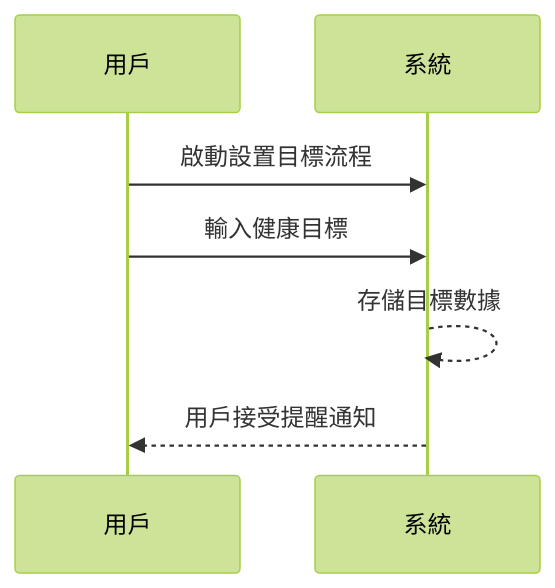
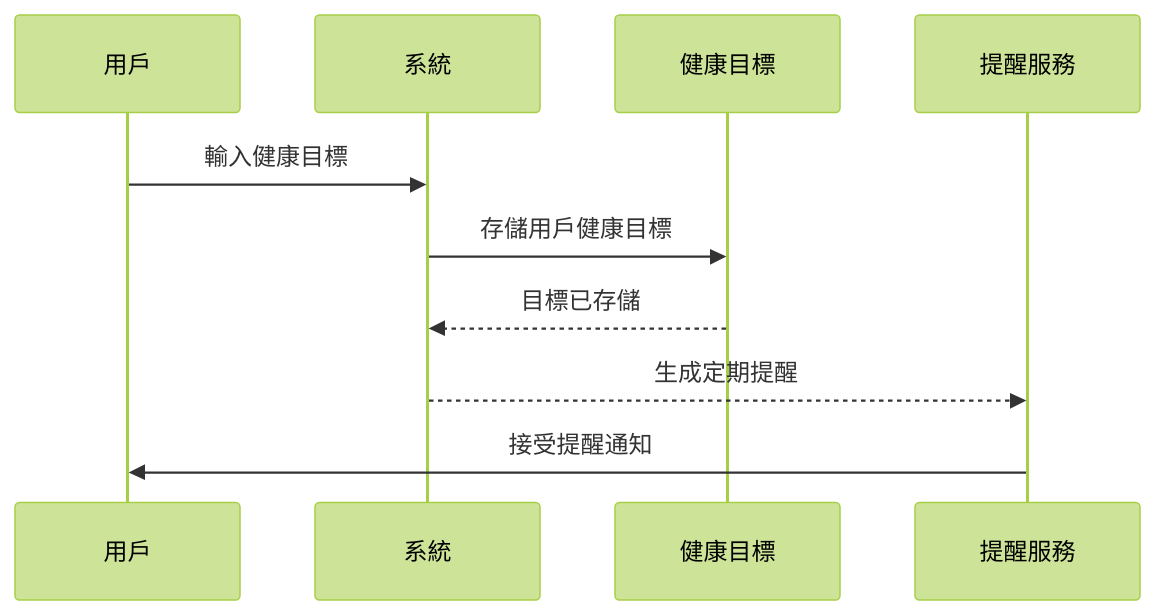
Before and after one commit to Xz-369/113_CourseTopics: the first of 5 diagrams in hw5.md, drawn with Mermaid (forest theme). The commit also changed other lines of this file, not shown here.

````diff
--- a/hw5.md
+++ b/hw5.md
@@ -5,9 +5,8 @@
 ```mermaid
 sequenceDiagram
-
-
-    用戶 ->> 系統: 啟動設置目標流程
     用戶 ->> 系統: 輸入健康目標
-    系統 -->> 系統: 存儲目標數據
-    系統 -->> 用戶: 用戶接受提醒通知
+    系統 ->> 健康目標: 存儲用戶健康目標
+    健康目標 -->> 系統: 目標已存儲
+    系統 -->> 提醒服務: 生成定期提醒
+    提醒服務 ->> 用戶:接受提醒通知
 ```
````
